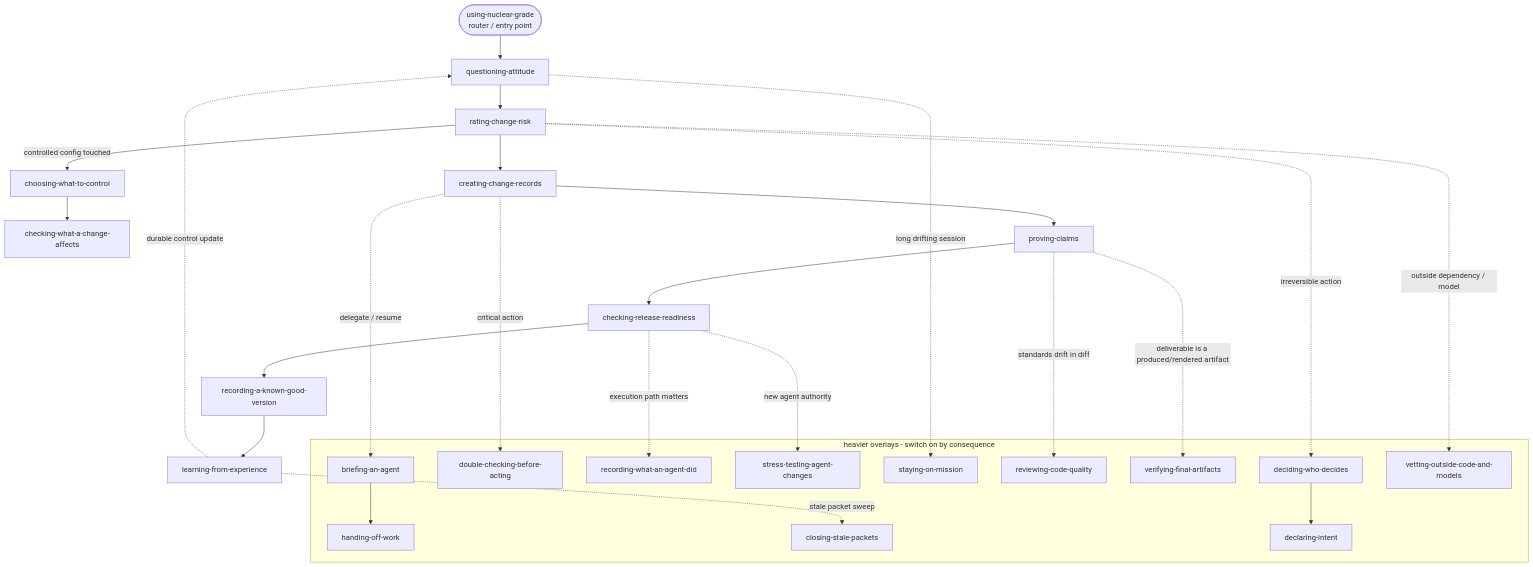
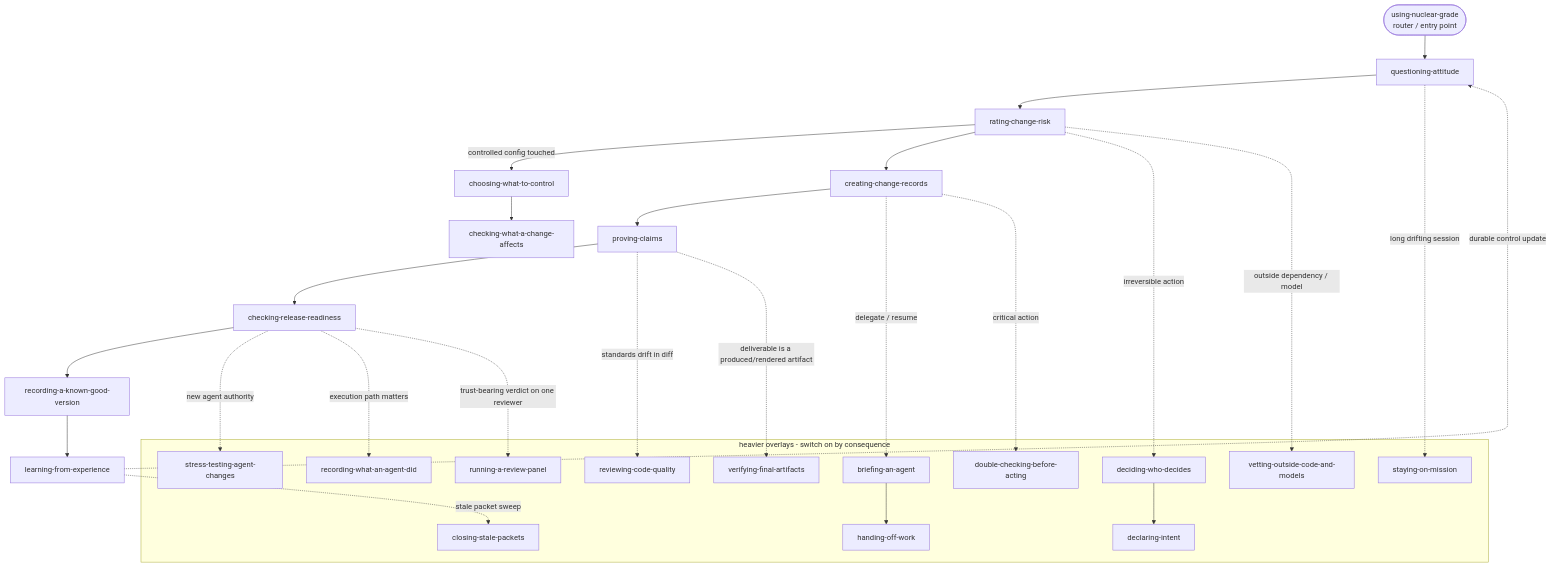
One commit to FlyFission/nuclear-grade-context-engineering changed the diagram in SKILLS.md. Above: the diagram before and after it, drawn with Mermaid. The commit also changed other lines of this file and 26 other files, not shown here.

````diff
--- a/SKILLS.md
+++ b/SKILLS.md
@@ -52,42 +53,44 @@
 ```mermaid
 flowchart TD
     UNG([using-nuclear-grade<br/>router / entry point])
     UNG --> QA[questioning-attitude]
     QA --> CCR[rating-change-risk]
     CCR -->|controlled config touched| ICI[choosing-what-to-control]
     CCR --> CCP[creating-change-records]
     ICI --> SCI[checking-what-a-change-affects]
     CCP --> PC[proving-claims]
     PC --> RSR[checking-release-readiness]
     RSR --> BC[recording-a-known-good-version]
     BC --> LFO[learning-from-experience]
     LFO -.durable control update.-> QA
 
     subgraph overlays[heavier overlays - switch on by consequence]
       PAC[briefing-an-agent]
       TOW[handing-off-work]
       SCA[double-checking-before-acting]
       TAE[recording-what-an-agent-did]
       RTA[stress-testing-agent-changes]
       CMD[staying-on-mission]
       RCQ[reviewing-code-quality]
       VFA[verifying-final-artifacts]
       CSP[closing-stale-packets]
       DWD[deciding-who-decides]
       DI[declaring-intent]
       VOC[vetting-outside-code-and-models]
+      RRP[running-a-review-panel]
     end
 
     CCP -.delegate / resume.-> PAC
     PAC --> TOW
     CCP -.critical action.-> SCA
     RSR -.new agent authority.-> RTA
     RSR -.execution path matters.-> TAE
     QA -.long drifting session.-> CMD
     PC -.standards drift in diff.-> RCQ
     PC -.deliverable is a produced/rendered artifact.-> VFA
     LFO -.stale packet sweep.-> CSP
     CCR -.irreversible action.-> DWD
     DWD --> DI
     CCR -.outside dependency / model.-> VOC
+    RSR -.trust-bearing verdict on one reviewer.-> RRP
 ```
````
